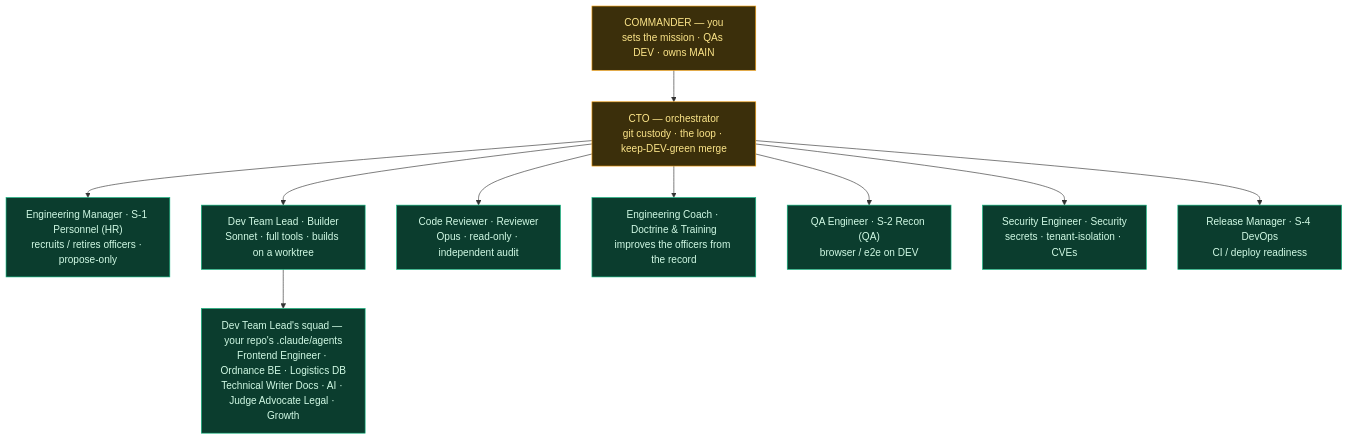
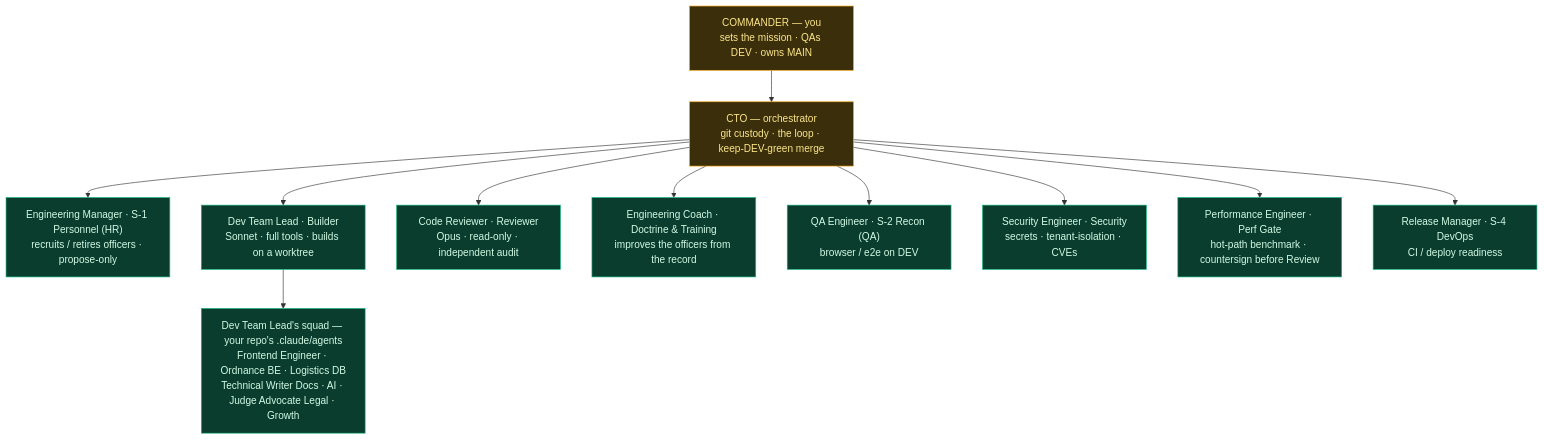
The first of 3 diagrams in ORG.md (roman-berlin/Elite-Squad), drawn with Mermaid before and after one commit. The commit also changed other lines of this file and 3 other files, not shown here.

First line of the commit message:
EU-99: Draft and commission Performance Engineer officer charter

````diff
--- a/ORG.md
+++ b/ORG.md
@@ -13,22 +13,23 @@
 ```mermaid
 graph TD
     C["COMMANDER — you<br/>sets the mission · QAs DEV · owns MAIN"]
     G["CTO — orchestrator<br/>git custody · the loop · keep-DEV-green merge"]
     C --> G
 
     G --> ADJ["Engineering Manager · S-1 Personnel (HR)<br/>recruits / retires officers · propose-only"]
     G --> ENG["Dev Team Lead · Builder<br/>Sonnet · full tools · builds on a worktree"]
     G --> INS["Code Reviewer · Reviewer<br/>Opus · read-only · independent audit"]
     G --> DRL["Engineering Coach · Doctrine & Training<br/>improves the officers from the record"]
     G --> SCT["QA Engineer · S-2 Recon (QA)<br/>browser / e2e on DEV"]
     G --> PRV["Security Engineer · Security<br/>secrets · tenant-isolation · CVEs"]
+    G --> PE["Performance Engineer · Perf Gate<br/>hot-path benchmark · countersign before Review"]
     G --> QM["Release Manager · S-4 DevOps<br/>CI / deploy readiness"]
 
     ENG --> SQ["Dev Team Lead's squad — your repo's .claude/agents<br/>Frontend Engineer · Ordnance BE · Logistics DB<br/>Technical Writer Docs · AI · Judge Advocate Legal · Growth"]
 
     classDef command fill:#3b2f0b,stroke:#f59e0b,color:#fde68a;
     classDef active fill:#0b3d2e,stroke:#10b981,color:#d1fae5;
     classDef planned fill:#1f2937,stroke:#6b7280,color:#9ca3af,stroke-dasharray:5 5;
     class C,G command;
-    class ADJ,ENG,INS,DRL,SCT,PRV,QM,SQ active;
+    class ADJ,ENG,INS,DRL,SCT,PRV,PE,QM,SQ active;
 ```
````
